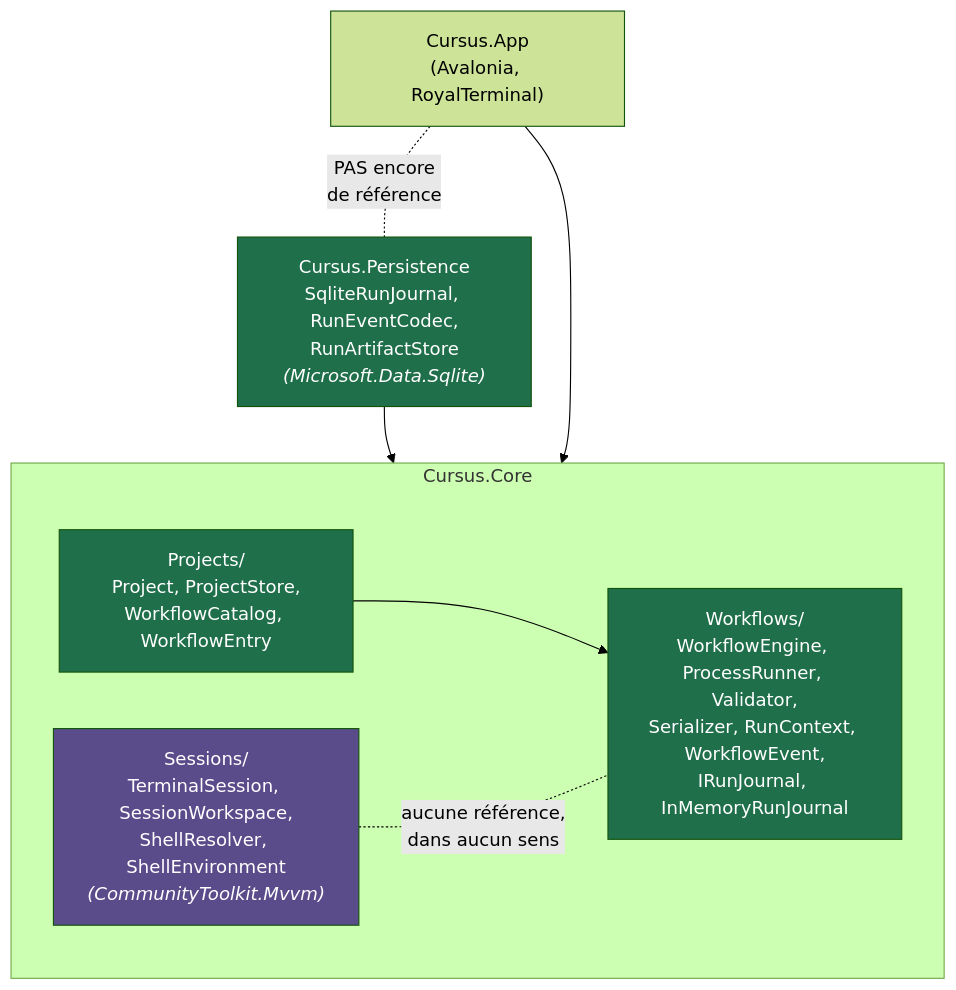
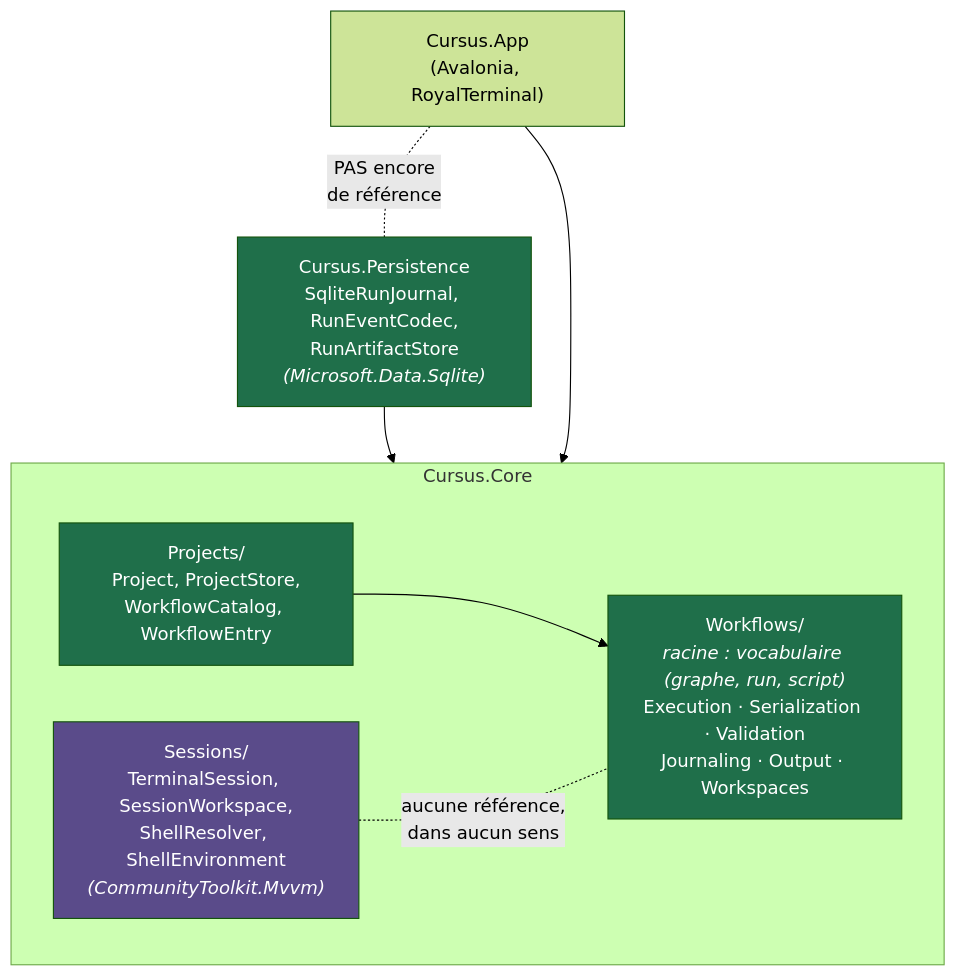
Before and after one commit to Apemb/Cursus: the first of 4 diagrams in docs/design/architecture.md, drawn with Mermaid (forest theme). The commit also changed other lines of this file, not shown here.

First line of the commit message:
docs(archi): refléter le rangement de Workflows en sous-namespaces

````diff
--- a/docs/design/architecture.md
+++ b/docs/design/architecture.md
@@ -53,18 +53,18 @@
 ```mermaid
 graph TD
     subgraph CoreLib["Cursus.Core"]
         Sessions["Sessions/<br/>TerminalSession, SessionWorkspace,<br/>ShellResolver, ShellEnvironment<br/><i>(CommunityToolkit.Mvvm)</i>"]
-        Workflows["Workflows/<br/>WorkflowEngine, ProcessRunner, Validator,<br/>Serializer, RunContext, WorkflowEvent,<br/>IRunJournal, InMemoryRunJournal"]
+        Workflows["Workflows/<br/><i>racine : vocabulaire (graphe, run, script)</i><br/>Execution · Serialization · Validation<br/>Journaling · Output · Workspaces"]
         Projects["Projects/<br/>Project, ProjectStore,<br/>WorkflowCatalog, WorkflowEntry"]
     end
     Projects --> Workflows
     Persistence["Cursus.Persistence<br/>SqliteRunJournal, RunEventCodec,<br/>RunArtifactStore<br/><i>(Microsoft.Data.Sqlite)</i>"] --> CoreLib
     App["Cursus.App<br/>(Avalonia, RoyalTerminal)"] --> CoreLib
     App -. "PAS encore<br/>de référence" .- Persistence
     Sessions -. "aucune référence,<br/>dans aucun sens" .- Workflows
 
     style Workflows fill:#1f6f4a,color:#fff
     style Projects fill:#1f6f4a,color:#fff
     style Persistence fill:#1f6f4a,color:#fff
     style Sessions fill:#5a4b8a,color:#fff
 ```
````
